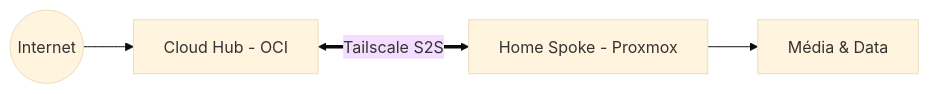
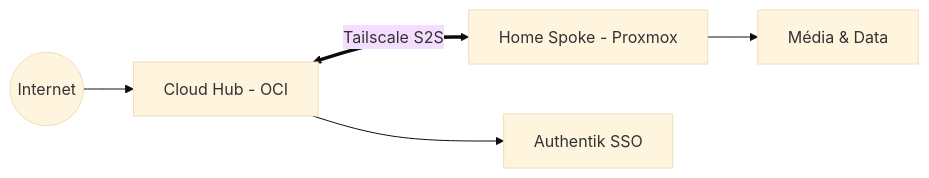
One commit to SmadjaPaul/homelab changed the diagram in README.md. Above: the diagram before and after it, drawn with Mermaid (base theme). The commit also changed other lines of this file and 9 other files, not shown here.

````diff
--- a/README.md
+++ b/README.md
@@ -12,6 +12,7 @@
 ```mermaid
 graph LR
     Internet((Internet)) --> OCI[Cloud Hub - OCI]
     OCI <==>|Tailscale S2S| Home[Home Spoke - Proxmox]
     Home --> Media[Média & Data]
+    OCI --> Authentik[Authentik SSO]
 ```
````
